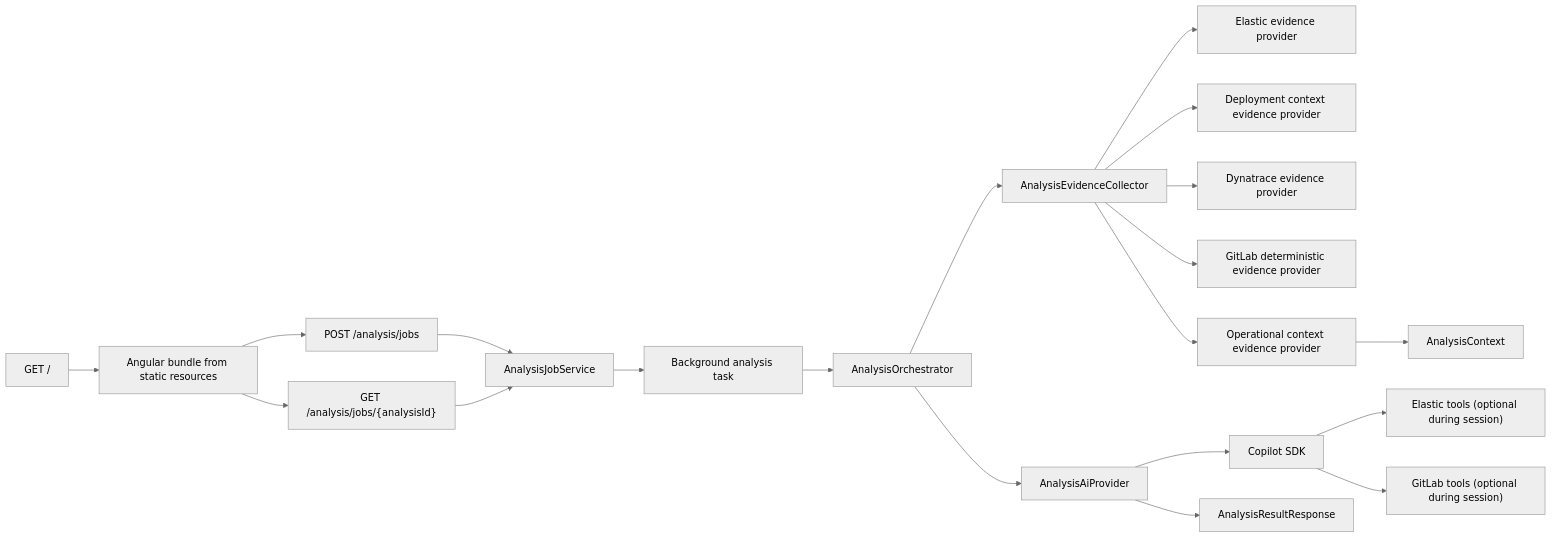
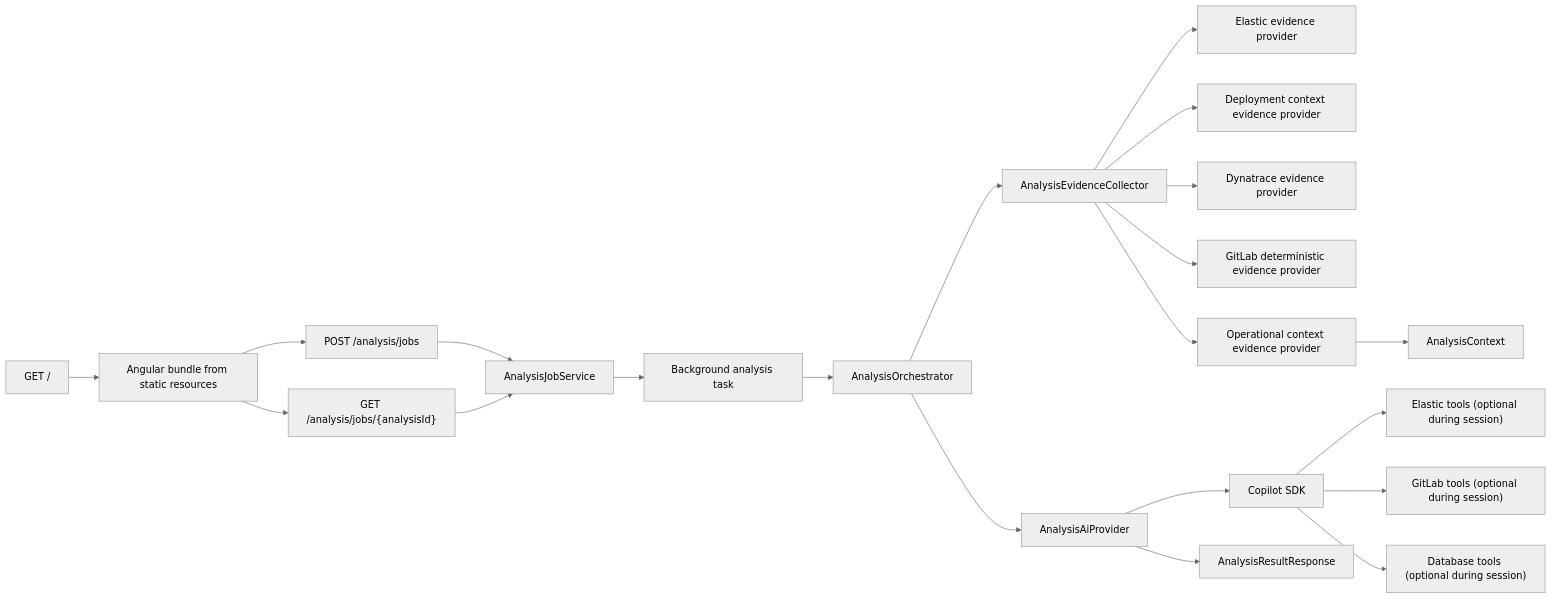
Before and after one commit to herald-assistant/incident-tracker: the diagram in docs/architecture/01-system-overview.md, drawn with Mermaid (neutral theme). The commit also changed other lines of this file and 15 other files, not shown here.

````diff
--- a/docs/architecture/01-system-overview.md
+++ b/docs/architecture/01-system-overview.md
@@ -143,22 +151,23 @@
 ```mermaid
 flowchart LR
     A["GET /"] --> B["Angular bundle from static resources"]
     B --> C["POST /analysis/jobs"]
     C --> D["AnalysisJobService"]
     D --> E["Background analysis task"]
     E --> F["AnalysisOrchestrator"]
     F --> G["AnalysisEvidenceCollector"]
     G --> H["Elastic evidence provider"]
     G --> I["Deployment context evidence provider"]
     G --> J["Dynatrace evidence provider"]
     G --> K["GitLab deterministic evidence provider"]
     G --> L["Operational context evidence provider"]
     L --> M["AnalysisContext"]
     F --> N["AnalysisAiProvider"]
     N --> O["Copilot SDK"]
     O --> P["Elastic tools (optional during session)"]
     O --> R["GitLab tools (optional during session)"]
+    O --> Q["Database tools (optional during session)"]
     N --> S["AnalysisResultResponse"]
     B --> T["GET /analysis/jobs/{analysisId}"]
     T --> D
 ```
````
